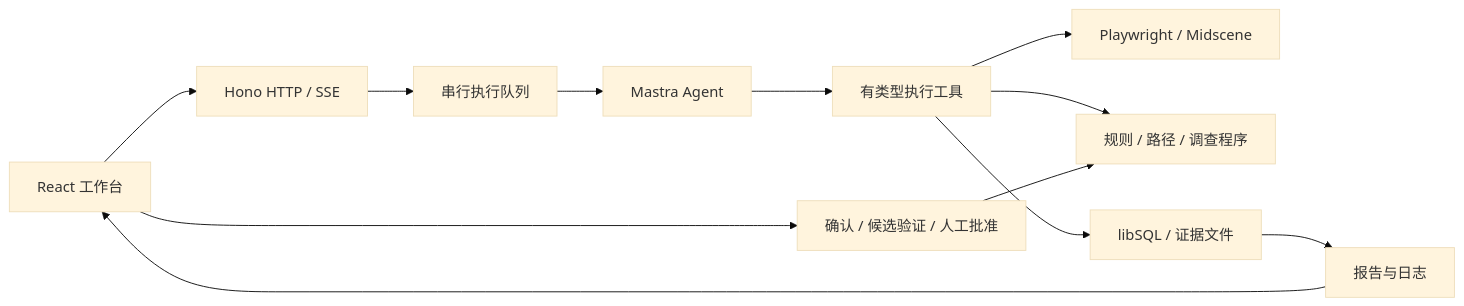
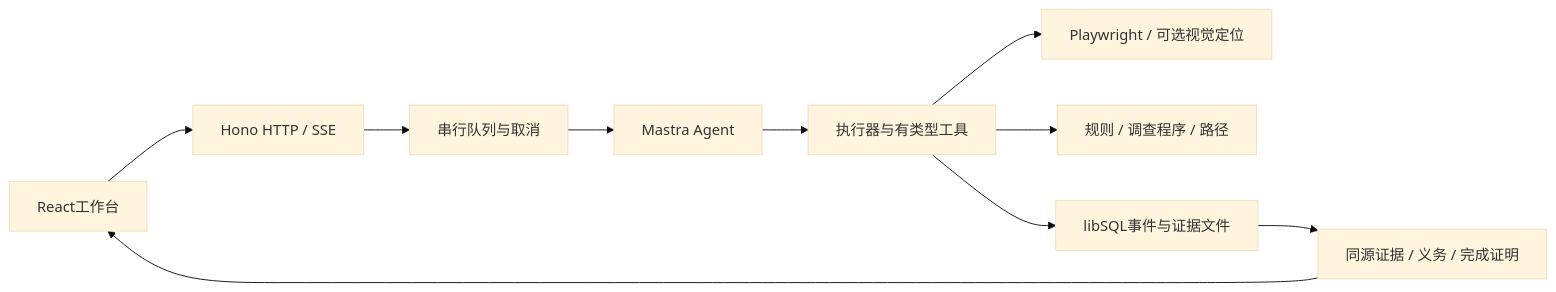
The diagram in docs/architecture.md (FailLone/ui-sentinel), drawn with Mermaid (base theme) before and after one commit. The commit also changed other lines of this file and 7 other files, not shown here.

````diff
--- a/docs/architecture.md
+++ b/docs/architecture.md
@@ -11,14 +7,12 @@
 ```mermaid
 flowchart LR
-  UI[React 工作台] --> API[Hono HTTP / SSE]
-  API --> Queue[串行执行队列]
+  UI[React工作台] --> API[Hono HTTP / SSE]
+  API --> Queue[串行队列与取消]
   Queue --> Agent[Mastra Agent]
-  Agent --> Tools[有类型执行工具]
-  Tools --> Browser[Playwright / Midscene]
-  Tools --> Rules[规则 / 路径 / 调查程序]
-  Tools --> Store[libSQL / 证据文件]
-  Store --> Report[报告与日志]
+  Agent --> Tools[执行器与有类型工具]
+  Tools --> Browser[Playwright / 可选视觉定位]
+  Tools --> Rules[规则 / 调查程序 / 路径]
+  Tools --> Store[libSQL事件与证据文件]
+  Store --> Report[同源证据 / 义务 / 完成证明]
   Report --> UI
-  UI --> Feedback[确认 / 候选验证 / 人工批准]
-  Feedback --> Rules
 ```
````
